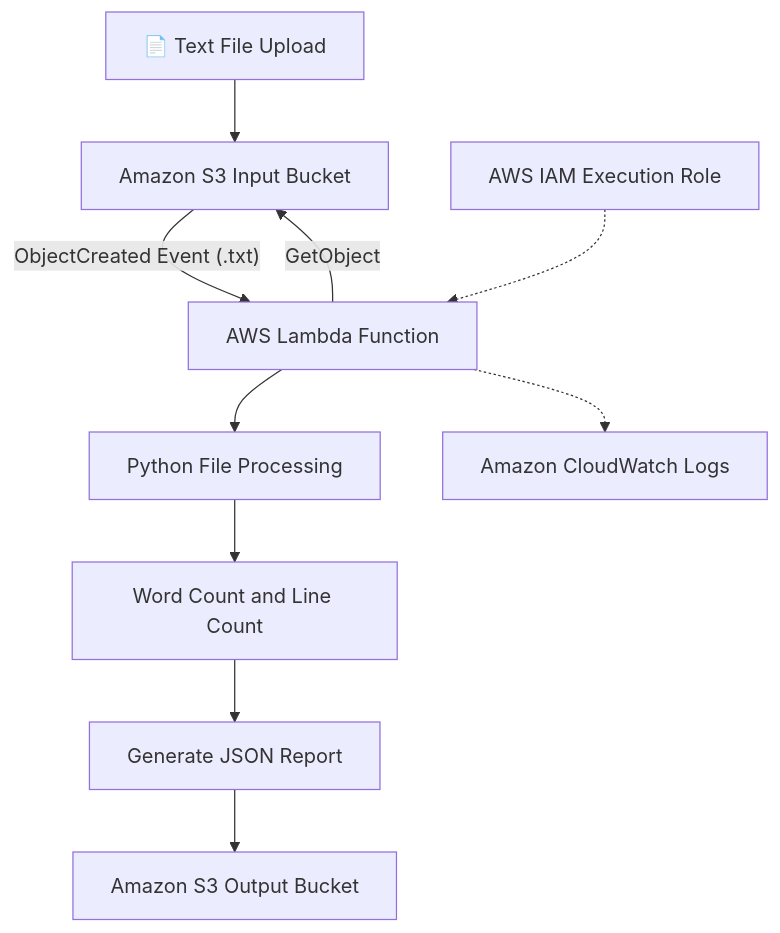
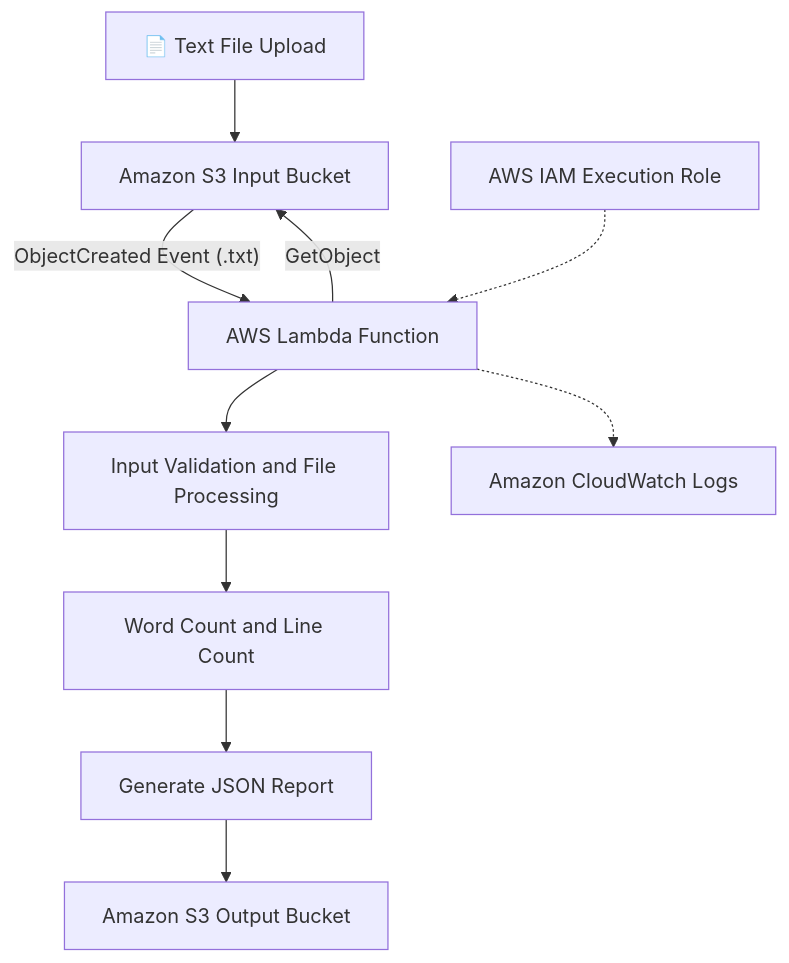
One commit to kantamnenimanusha/serverless-file-processor changed the diagram in README.md. Above: the diagram before and after it, drawn with Mermaid. The commit also changed other lines of this file, not shown here.

Commit message:
docs: update README with validation and test results

````diff
--- a/README.md
+++ b/README.md
@@ -45,12 +46,12 @@
 ```mermaid
 flowchart TD
     A["📄 Text File Upload"] --> B["Amazon S3 Input Bucket"]
     B -->|"ObjectCreated Event (.txt)"| C["AWS Lambda Function"]
     C -->|"GetObject"| B
-    C --> D["Python File Processing"]
+    C --> D["Input Validation and File Processing"]
     D --> E["Word Count and Line Count"]
     E --> F["Generate JSON Report"]
     F --> G["Amazon S3 Output Bucket"]
     C -.-> H["Amazon CloudWatch Logs"]
     I["AWS IAM Execution Role"] -.-> C
 ```
````
